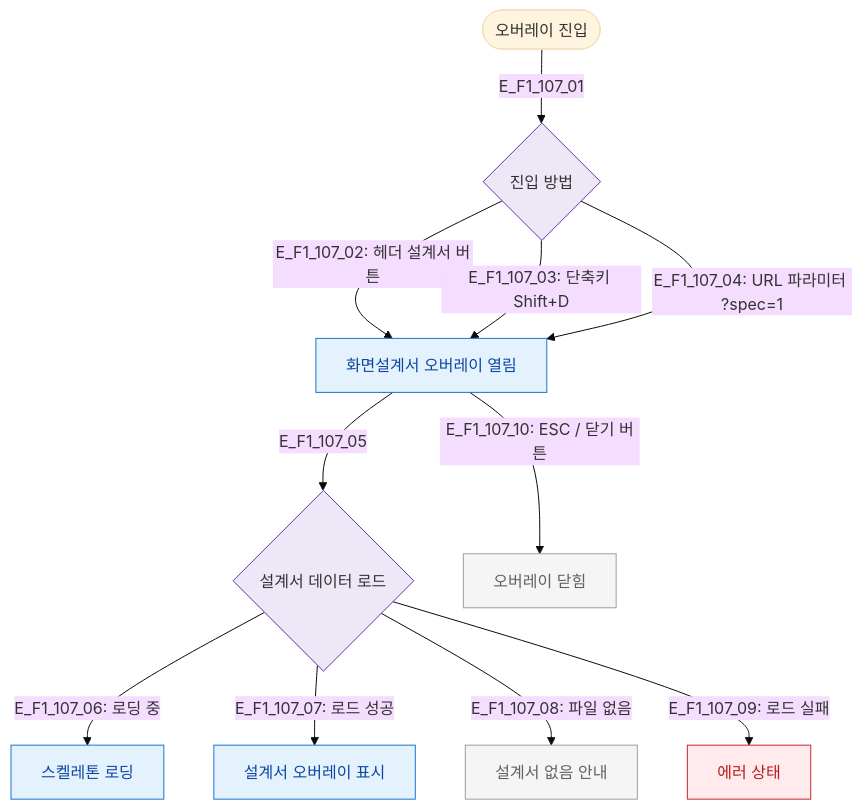
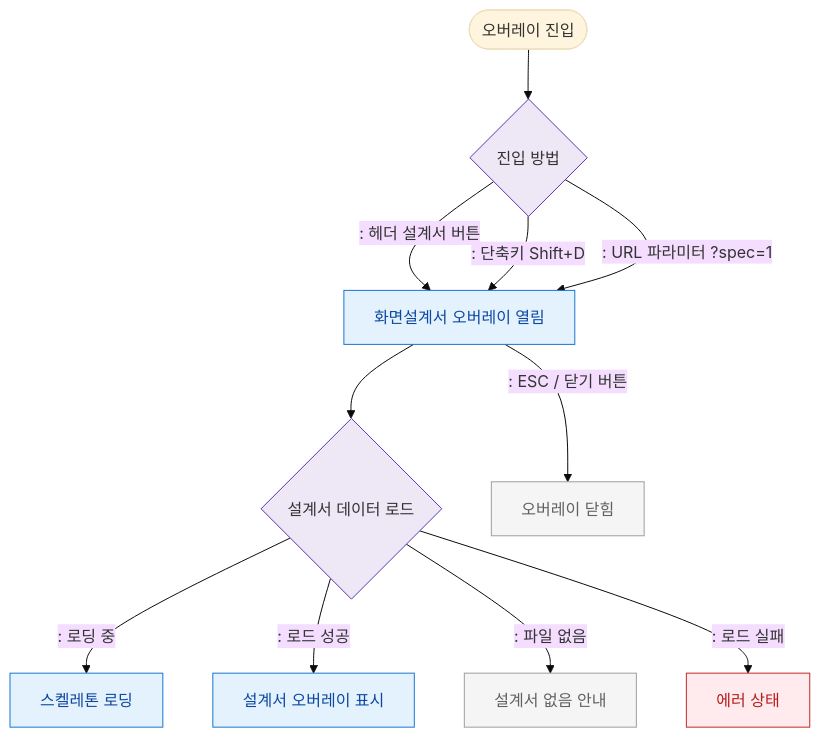
The diagram in docs/다이어그램/D01_공통/SCR-107_화면설계서오버레이/F1_진입.md (dev-spogym/admin-pando), drawn with Mermaid (base theme) before and after one commit. The commit also changed other lines of this file and 1660 other files, not shown here.

First line of the commit message:
다이어그램: 기획자/클라이언트 납품본으로 정리

````diff
--- a/docs/다이어그램/D01_공통/SCR-107_화면설계서오버레이/F1_진입.md
+++ b/docs/다이어그램/D01_공통/SCR-107_화면설계서오버레이/F1_진입.md
@@ -19,25 +17,25 @@
 ```mermaid
 flowchart TD
-    TRIGGER([오버레이 진입]) -->|E_F1_107_01| OPEN_METHOD{진입 방법}
+    TRIGGER([오버레이 진입]) --> OPEN_METHOD{진입 방법}
 
-    OPEN_METHOD -->|"E_F1_107_02: 헤더 설계서 버튼"| OVERLAY[화면설계서 오버레이 열림]
-    OPEN_METHOD -->|"E_F1_107_03: 단축키 Shift+D"| OVERLAY
-    OPEN_METHOD -->|"E_F1_107_04: URL 파라미터 ?spec=1"| OVERLAY
+    OPEN_METHOD -->|": 헤더 설계서 버튼"|OVERLAY[화면설계서 오버레이 열림]
+    OPEN_METHOD -->|": 단축키 Shift+D"|OVERLAY
+    OPEN_METHOD -->|": URL 파라미터 ?spec=1"|OVERLAY
 
-    OVERLAY -->|E_F1_107_05| LOAD{설계서 데이터 로드}
-    LOAD -->|"E_F1_107_06: 로딩 중"| STATE_LOADING[스켈레톤 로딩]
-    LOAD -->|"E_F1_107_07: 로드 성공"| STATE_NORMAL[설계서 오버레이 표시]
-    LOAD -->|"E_F1_107_08: 파일 없음"| STATE_EMPTY[설계서 없음 안내]
-    LOAD -->|"E_F1_107_09: 로드 실패"| STATE_ERROR[에러 상태]
+    OVERLAY --> LOAD{설계서 데이터 로드}
+    LOAD -->|": 로딩 중"|STATE_LOADING[스켈레톤 로딩]
+    LOAD -->|": 로드 성공"|STATE_NORMAL[설계서 오버레이 표시]
+    LOAD -->|": 파일 없음"|STATE_EMPTY[설계서 없음 안내]
+    LOAD -->|": 로드 실패"|STATE_ERROR[에러 상태]
 
-    OVERLAY -->|"E_F1_107_10: ESC / 닫기 버튼"| CLOSE[오버레이 닫힘]
+    OVERLAY -->|": ESC / 닫기 버튼"|CLOSE[오버레이 닫힘]
 
-    classDef screen      fill:#E3F2FD,stroke:#1976D2,color:#0D47A1
-    classDef system      fill:#EDE7F6,stroke:#5E35B2
-    classDef error       fill:#FFEBEE,stroke:#C62828,color:#B71C1C
+    classDef screen fill:#E3F2FD,stroke:#1976D2,color:#0D47A1
+    classDef system fill:#EDE7F6,stroke:#5E35B2
+    classDef error fill:#FFEBEE,stroke:#C62828,color:#B71C1C
     classDef rbacBlocked fill:#F5F5F5,stroke:#9E9E9E,color:#616161
     class OVERLAY,STATE_NORMAL,STATE_LOADING screen
     class OPEN_METHOD,LOAD system
     class STATE_ERROR error
     class STATE_EMPTY,CLOSE rbacBlocked
 ```
````
